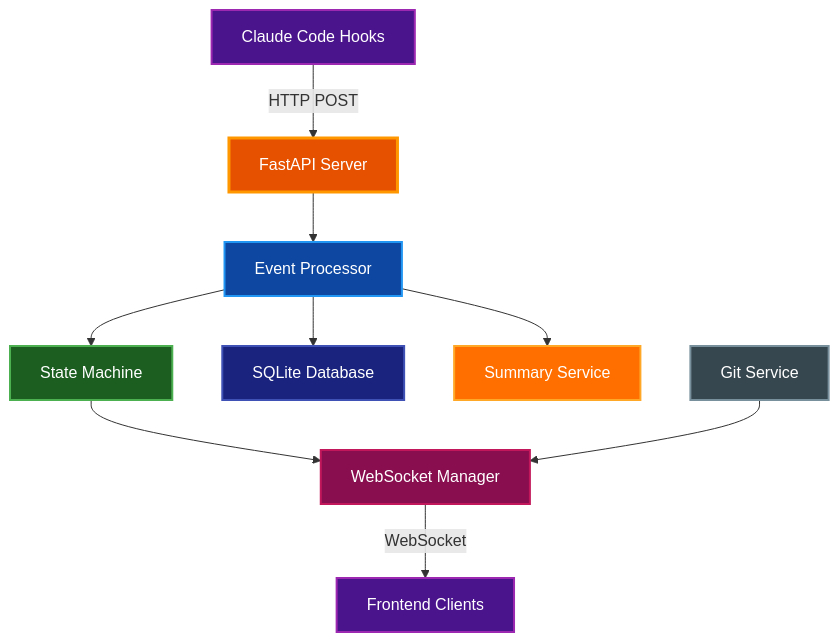
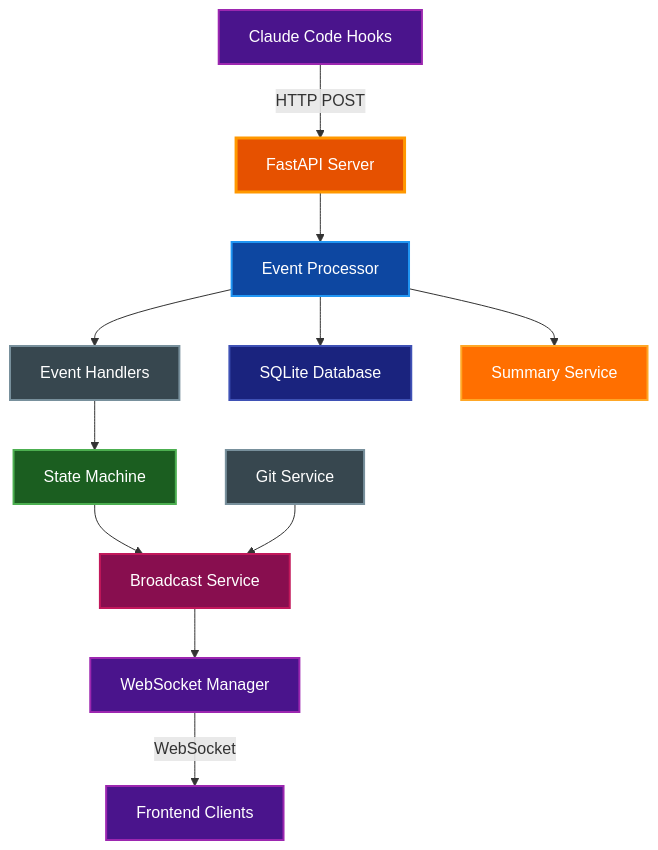
The diagram in backend/README.md (masayanz/claude-office), drawn with Mermaid before and after one commit. The commit also changed other lines of this file and 6 other files, not shown here.

````diff
--- a/backend/README.md
+++ b/backend/README.md
@@ -31,31 +31,37 @@
 ```mermaid
 graph TD
     Hooks[Claude Code Hooks]
     API[FastAPI Server]
     SM[State Machine]
     EP[Event Processor]
+    EH[Event Handlers]
+    BS[Broadcast Service]
     WS[WebSocket Manager]
     DB[SQLite Database]
     AI[Summary Service]
     Git[Git Service]
     FE[Frontend Clients]
 
     Hooks -->|HTTP POST| API
     API --> EP
-    EP --> SM
+    EP --> EH
+    EH --> SM
     EP --> DB
     EP --> AI
-    SM --> WS
-    Git --> WS
+    SM --> BS
+    Git --> BS
+    BS --> WS
     WS -->|WebSocket| FE
 
     style Hooks fill:#4a148c,stroke:#9c27b0,stroke-width:2px,color:#ffffff
     style API fill:#e65100,stroke:#ff9800,stroke-width:3px,color:#ffffff
     style SM fill:#1b5e20,stroke:#4caf50,stroke-width:2px,color:#ffffff
     style EP fill:#0d47a1,stroke:#2196f3,stroke-width:2px,color:#ffffff
-    style WS fill:#880e4f,stroke:#c2185b,stroke-width:2px,color:#ffffff
+    style EH fill:#37474f,stroke:#78909c,stroke-width:2px,color:#ffffff
+    style BS fill:#880e4f,stroke:#c2185b,stroke-width:2px,color:#ffffff
+    style WS fill:#4a148c,stroke:#9c27b0,stroke-width:2px,color:#ffffff
     style DB fill:#1a237e,stroke:#3f51b5,stroke-width:2px,color:#ffffff
     style AI fill:#ff6f00,stroke:#ffa726,stroke-width:2px,color:#ffffff
     style Git fill:#37474f,stroke:#78909c,stroke-width:2px,color:#ffffff
     style FE fill:#4a148c,stroke:#9c27b0,stroke-width:2px,color:#ffffff
 ```
````
